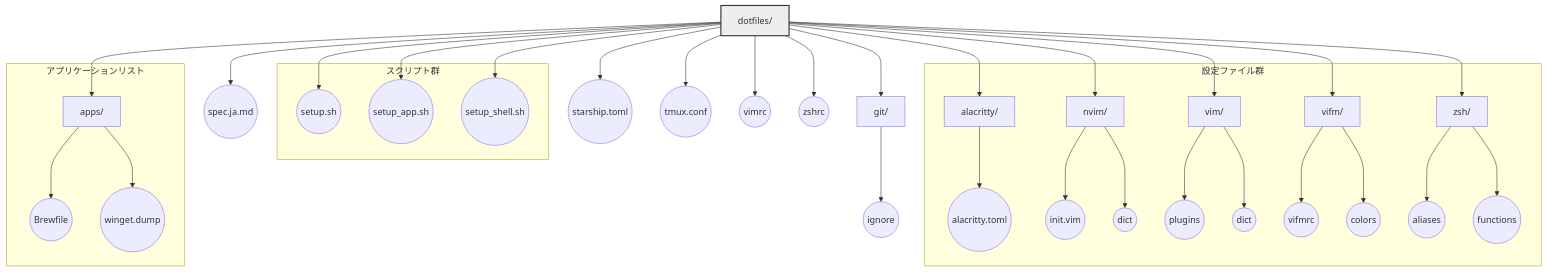
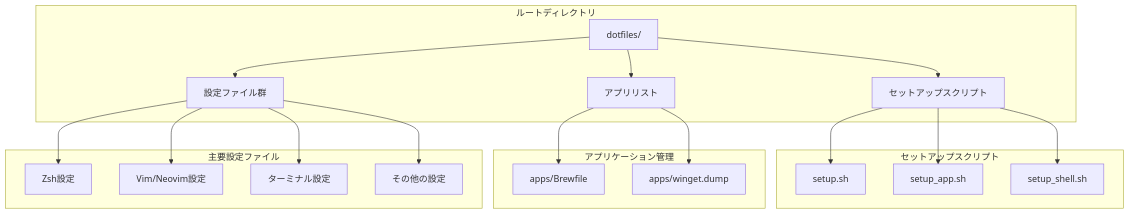
Before and after one commit to stakaya/dotfiles: the third of 6 diagrams in doc/spec.ja.md, drawn with Mermaid. The commit also changed other lines of this file, not shown here.

First line of the commit message:
fix: improve diagram clarity and structure in Japanese spec document

````diff
--- a/doc/spec.ja.md
+++ b/doc/spec.ja.md
@@ -235,66 +247,27 @@
 ```mermaid
-graph TD
-    R[dotfiles/] --> A[alacritty/]
-    R --> AP[apps/]
-    R --> D[doc/]
-    R --> G[git/]
-    R --> N[nvim/]
-    R --> S[setup.sh]
-    R --> SA[setup_app.sh]
-    R --> SS[setup_shell.sh]
-    R --> ST[starship.toml]
-    R --> T[tmux.conf]
-    R --> VF[vifm/]
-    R --> V[vim/]
-    R --> VM[vimrc]
-    R --> Z[zsh/]
-    R --> ZR[zshrc]
-
-    subgraph 設定ファイル群
-        A --> A_toml[alacritty.toml]
-        N --> N_init[init.vim]
-        N --> N_dict[dict/]
-        V --> V_plugin[plugins/]
-        V --> V_dict[dict/]
-        VF --> VF_rc[vifmrc]
-        VF --> VF_colors[colors/]
-        Z --> Z_aliases[aliases/]
-        Z --> Z_func[functions/]
+graph TB
+    subgraph "ルートディレクトリ"
+        R[dotfiles/]
+        R --> setup[セットアップスクリプト]
+        R --> config[設定ファイル群]
+        R --> apps[アプリリスト]
     end
-
-    subgraph スクリプト群
-        S
-        SA
-        SS
+    
+    subgraph "セットアップスクリプト"
+        setup --> setup_sh[setup.sh]
+        setup --> setup_app[setup_app.sh]
+        setup --> setup_shell[setup_shell.sh]
     end
-
-    subgraph アプリケーションリスト
-        AP --> brew[Brewfile]
-        AP --> winget[winget.dump]
+    
+    subgraph "アプリケーション管理"
+        apps --> brewfile[apps/Brewfile]
+        apps --> winget[apps/winget.dump]
     end
-
-    A_toml((alacritty.toml))
-    brew((Brewfile))
-    winget((winget.dump))
-    D((spec.ja.md))
-    G --> ignore[ignore]
-    ignore((ignore))
-    N_init((init.vim))
-    N_dict((dict))
-    S((setup.sh))
-    SA((setup_app.sh))
-    SS((setup_shell.sh))
-    ST((starship.toml))
-    T((tmux.conf))
-    VF_rc((vifmrc))
-    VF_colors((colors))
-    V_plugin((plugins))
-    V_dict((dict))
-    VM((vimrc))
-    Z_aliases((aliases))
-    Z_func((functions))
-    ZR((zshrc))
-
-    classDef main fill:#eee,stroke:#333,stroke-width:2px;
-    class R main;
+    
+    subgraph "主要設定ファイル"
+        config --> zsh_config[Zsh設定]
+        config --> vim_config[Vim/Neovim設定]
+        config --> terminal_config[ターミナル設定]
+        config --> other_config[その他の設定]
+    end
 ```
````
